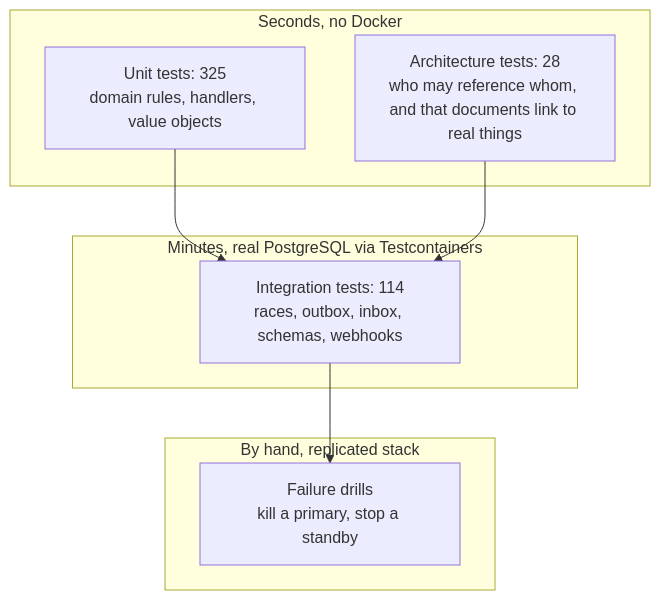
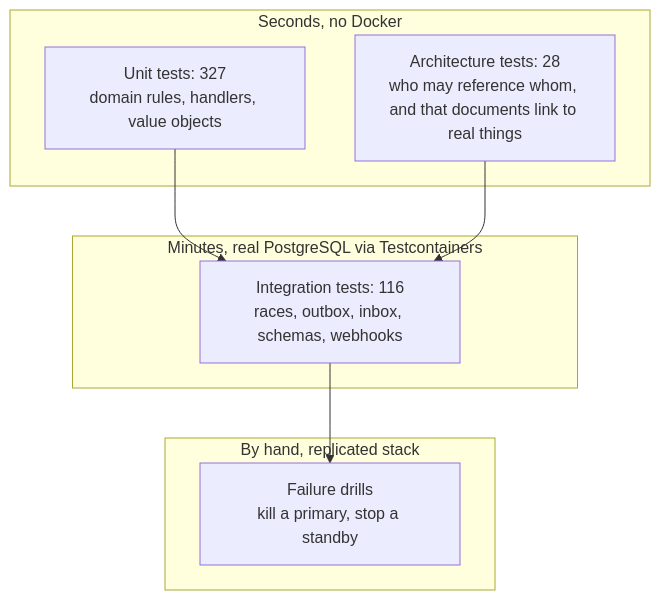
The first of 2 diagrams in docs/TESTS_THAT_TEACH.md (maysamgamini/crowdfundinghub), drawn with Mermaid before and after one commit. The commit also changed other lines of this file and 17 other files, not shown here.

````diff
--- a/docs/TESTS_THAT_TEACH.md
+++ b/docs/TESTS_THAT_TEACH.md
@@ -7,16 +7,16 @@
 ```mermaid
 flowchart TB
     subgraph Fast["Seconds, no Docker"]
-        U["Unit tests: 325<br/>domain rules, handlers, value objects"]
+        U["Unit tests: 327<br/>domain rules, handlers, value objects"]
         A["Architecture tests: 28<br/>who may reference whom, and that documents link to real things"]
     end
     subgraph Slow["Minutes, real PostgreSQL via Testcontainers"]
-        I["Integration tests: 114<br/>races, outbox, inbox, schemas, webhooks"]
+        I["Integration tests: 116<br/>races, outbox, inbox, schemas, webhooks"]
     end
     subgraph Drills["By hand, replicated stack"]
         D["Failure drills<br/>kill a primary, stop a standby"]
     end
     U --> I
     A --> I
     I --> D
 ```
````
